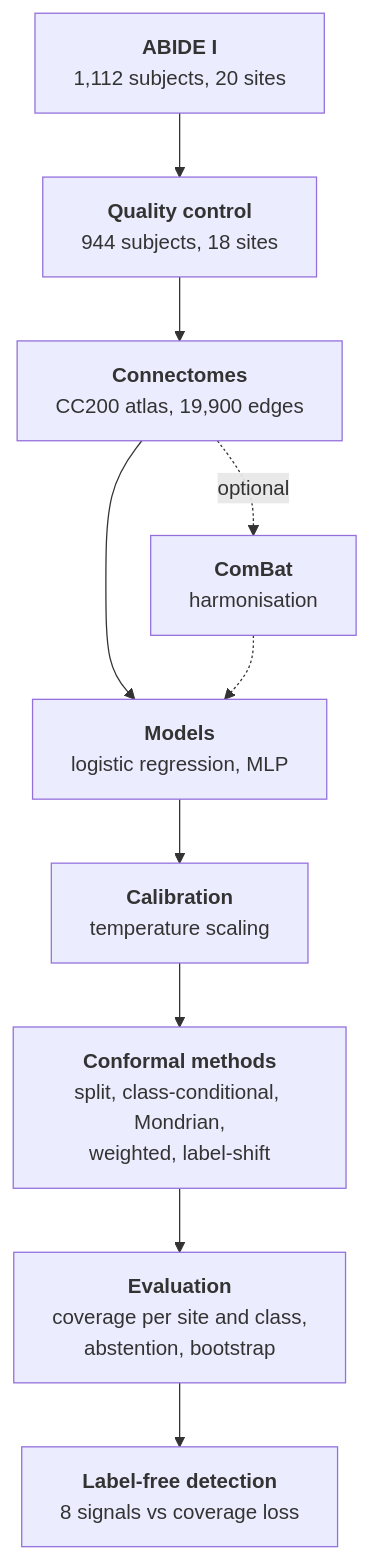
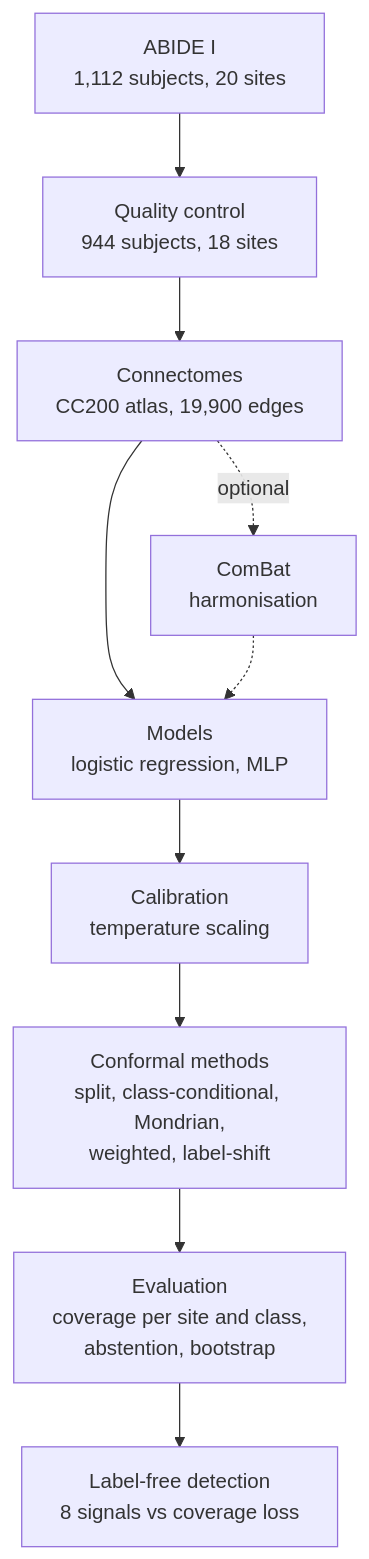
The diagram in README.md (amarilokmane1-code/shiftguard), drawn with Mermaid before and after one commit.

Commit message:
README: plain-text diagram labels (bold labels were clipped on GitHub)

````diff
--- a/README.md
+++ b/README.md
@@ -67,12 +67,12 @@
 ```mermaid
 flowchart TD
-    A["<b>ABIDE I</b><br/>1,112 subjects, 20 sites"] --> B["<b>Quality control</b><br/>944 subjects, 18 sites"]
-    B --> C["<b>Connectomes</b><br/>CC200 atlas, 19,900 edges"]
-    C --> D["<b>Models</b><br/>logistic regression, MLP"]
-    C -. optional .-> H["<b>ComBat</b><br/>harmonisation"]
+    A["ABIDE I<br/>1,112 subjects, 20 sites"] --> B["Quality control<br/>944 subjects, 18 sites"]
+    B --> C["Connectomes<br/>CC200 atlas, 19,900 edges"]
+    C --> D["Models<br/>logistic regression, MLP"]
+    C -. optional .-> H["ComBat<br/>harmonisation"]
     H -.-> D
-    D --> E["<b>Calibration</b><br/>temperature scaling"]
-    E --> F["<b>Conformal methods</b><br/>split, class-conditional, Mondrian,<br/>weighted, label-shift"]
-    F --> G["<b>Evaluation</b><br/>coverage per site and class,<br/>abstention, bootstrap"]
-    G --> I["<b>Label-free detection</b><br/>8 signals vs coverage loss"]
+    D --> E["Calibration<br/>temperature scaling"]
+    E --> F["Conformal methods<br/>split, class-conditional, Mondrian,<br/>weighted, label-shift"]
+    F --> G["Evaluation<br/>coverage per site and class,<br/>abstention, bootstrap"]
+    G --> I["Label-free detection<br/>8 signals vs coverage loss"]
 ```
````
